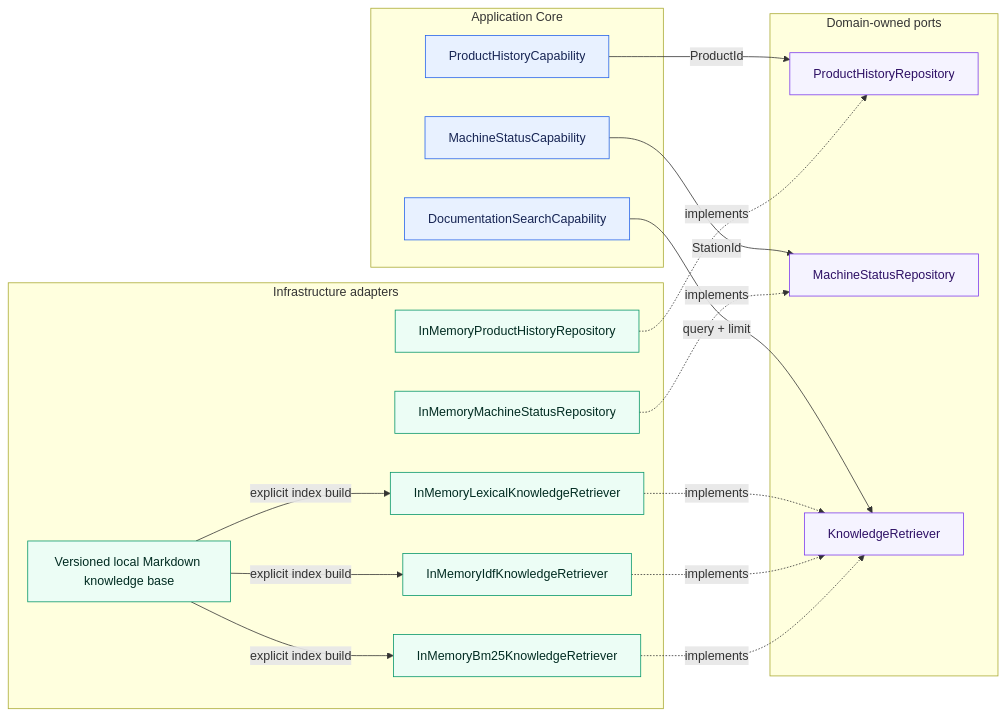
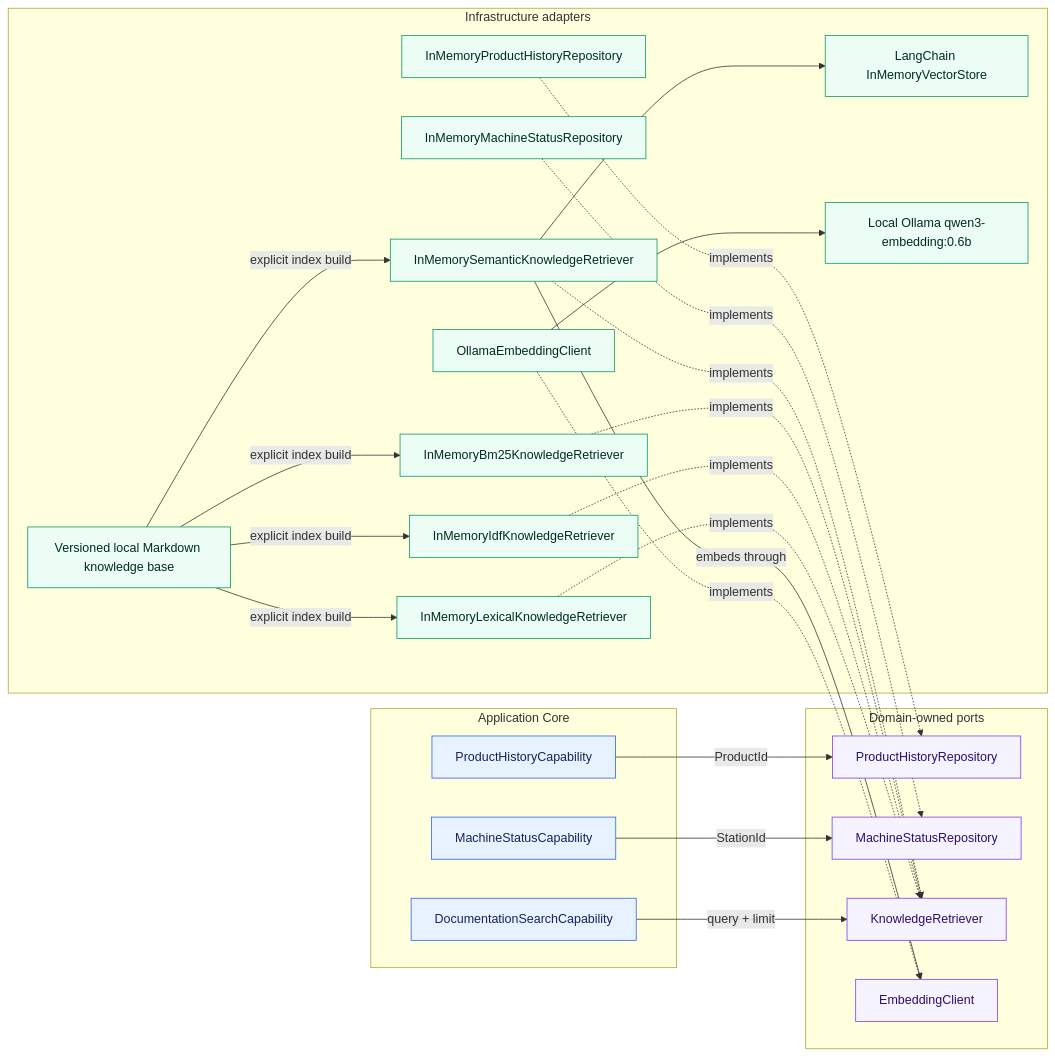
One commit to aboerzel/industrial-ai-agent changed the first of 11 diagrams in docs/architecture/overview.md. Above: the diagram before and after it, drawn with Mermaid. The commit also changed other lines of this file and 12 other files, not shown here.

Commit message:
feat: add semantic retrieval with local embeddings

````diff
--- a/docs/architecture/overview.md
+++ b/docs/architecture/overview.md
@@ -23,42 +23,53 @@
 ```mermaid
 flowchart LR
     subgraph Core["Application Core"]
         PHC["ProductHistoryCapability"]
         MSC["MachineStatusCapability"]
         DSC["DocumentationSearchCapability"]
     end
 
     subgraph Ports["Domain-owned ports"]
         PHR["ProductHistoryRepository"]
         MSR["MachineStatusRepository"]
         KR["KnowledgeRetriever"]
+        EP["EmbeddingClient"]
     end
 
     subgraph Infrastructure["Infrastructure adapters"]
         PHM["InMemoryProductHistoryRepository"]
         MSM["InMemoryMachineStatusRepository"]
         LKR["InMemoryLexicalKnowledgeRetriever"]
         IDF["InMemoryIdfKnowledgeRetriever"]
         BM25["InMemoryBm25KnowledgeRetriever"]
+        SEM["InMemorySemanticKnowledgeRetriever"]
+        OEC["OllamaEmbeddingClient"]
+        VEC["LangChain InMemoryVectorStore"]
         KB["Versioned local Markdown knowledge base"]
+        OLLAMA["Local Ollama qwen3-embedding:0.6b"]
     end
 
     PHC -->|"ProductId"| PHR
     MSC -->|"StationId"| MSR
     DSC -->|"query + limit"| KR
     PHM -.->|"implements"| PHR
     MSM -.->|"implements"| MSR
     LKR -.->|"implements"| KR
     IDF -.->|"implements"| KR
     BM25 -.->|"implements"| KR
+    SEM -.->|"implements"| KR
+    OEC -.->|"implements"| EP
     KB -->|"explicit index build"| LKR
     KB -->|"explicit index build"| IDF
     KB -->|"explicit index build"| BM25
+    KB -->|"explicit index build"| SEM
+    SEM -->|"embeds through"| EP
+    SEM --> VEC
+    OEC --> OLLAMA
 
     classDef core fill:#e8f1ff,stroke:#2563eb,color:#172554
     classDef port fill:#f5f3ff,stroke:#7c3aed,color:#2e1065
     classDef adapter fill:#ecfdf5,stroke:#059669,color:#022c22
     class PHC,MSC,DSC core
-    class PHR,MSR,KR port
-    class PHM,MSM,LKR,IDF,BM25,KB adapter
+    class PHR,MSR,KR,EP port
+    class PHM,MSM,LKR,IDF,BM25,SEM,OEC,VEC,KB,OLLAMA adapter
 ```
````
